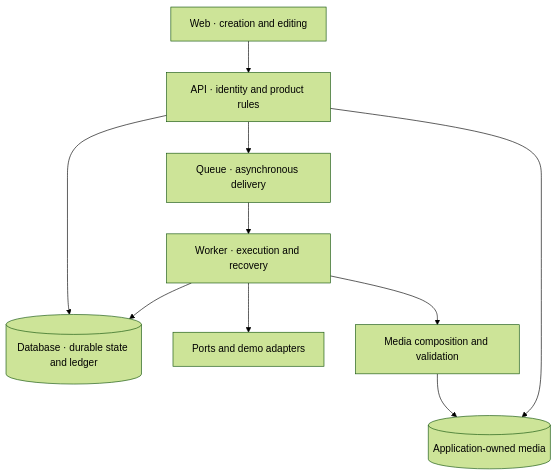
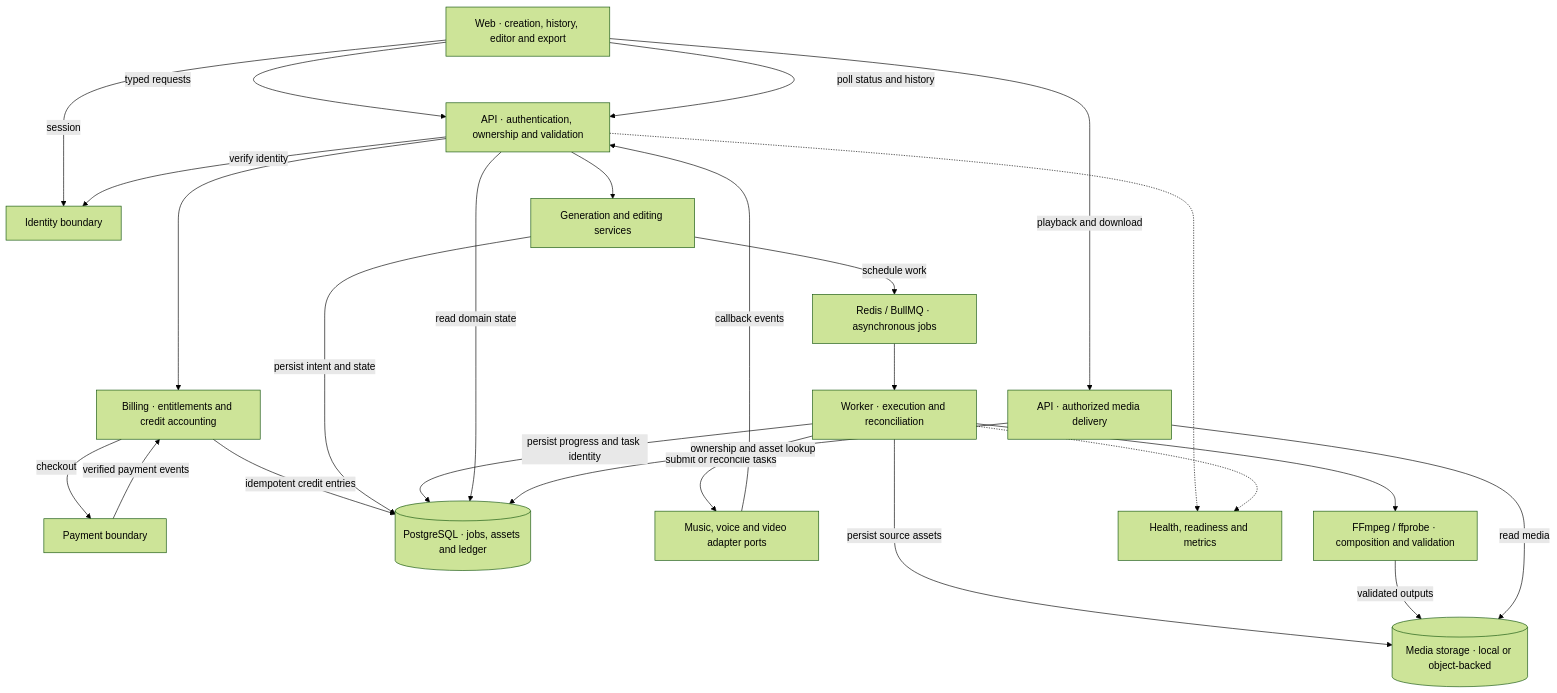
Before and after one commit to Demon5611/AI-Music-Showcase: the first of 2 diagrams in README.md, drawn with Mermaid (forest theme). The commit also changed other lines of this file, not shown here.

Commit message:
docs: expand system design with product boundaries and recovery lifecycle

````diff
--- a/README.md
+++ b/README.md
@@ -22,12 +24,42 @@
 ```mermaid
 flowchart TD
-    Web["Web · creation and editing"] --> API["API · identity and product rules"]
-    API --> DB[("Database · durable state and ledger")]
-    API --> Queue["Queue · asynchronous delivery"]
-    Queue --> Worker["Worker · execution and recovery"]
-    Worker --> DB
-    Worker --> Adapters["Ports and demo adapters"]
-    Worker --> Media["Media composition and validation"]
-    Media --> Storage[("Application-owned media")]
-    API --> Storage
+    Web["Web · creation, history, editor and export"]
+    Identity["Identity boundary"]
+    API["API · authentication, ownership and validation"]
+    Billing["Billing · entitlements and credit accounting"]
+    Payment["Payment boundary"]
+    Jobs["Generation and editing services"]
+    DB[("PostgreSQL · jobs, assets and ledger")]
+    Queue["Redis / BullMQ · asynchronous jobs"]
+    Worker["Worker · execution and reconciliation"]
+    AI["Music, voice and video adapter ports"]
+    Render["FFmpeg / ffprobe · composition and validation"]
+    Storage[("Media storage · local or object-backed")]
+    Access["API · authorized media delivery"]
+    Ops["Health, readiness and metrics"]
+
+    Web -->|"session"| Identity
+    Web -->|"typed requests"| API
+    API -->|"verify identity"| Identity
+    API --> Billing
+    Billing -->|"checkout"| Payment
+    Payment -->|"verified payment events"| Billing
+    Billing -->|"idempotent credit entries"| DB
+    API --> Jobs
+    Jobs -->|"persist intent and state"| DB
+    Jobs -->|"schedule work"| Queue
+    Queue --> Worker
+    Worker -->|"submit or reconcile tasks"| AI
+    AI -->|"callback events"| API
+    Worker -->|"persist progress and task identity"| DB
+    Worker -->|"persist source assets"| Storage
+    Worker --> Render
+    Render -->|"validated outputs"| Storage
+    Web -->|"poll status and history"| API
+    API -->|"read domain state"| DB
+    Web -->|"playback and download"| Access
+    Access -->|"ownership and asset lookup"| DB
+    Access -->|"read media"| Storage
+    API -.-> Ops
+    Worker -.-> Ops
 ```
````
